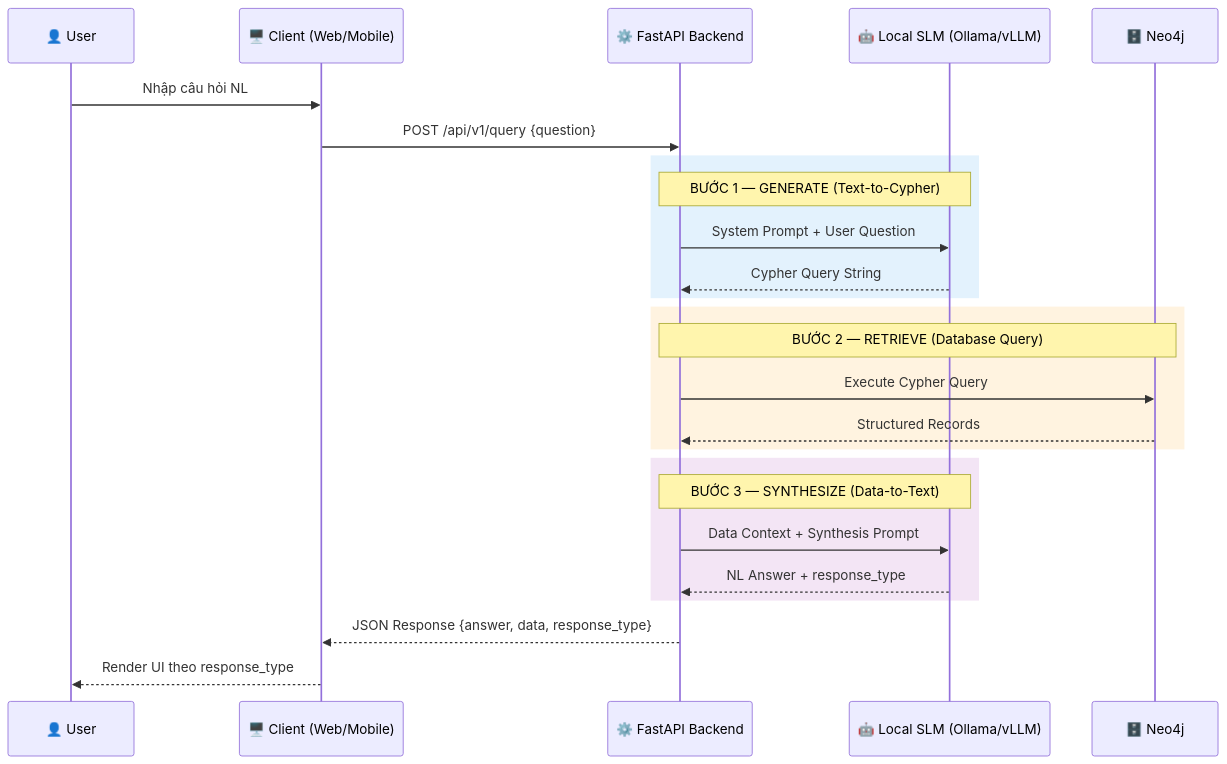
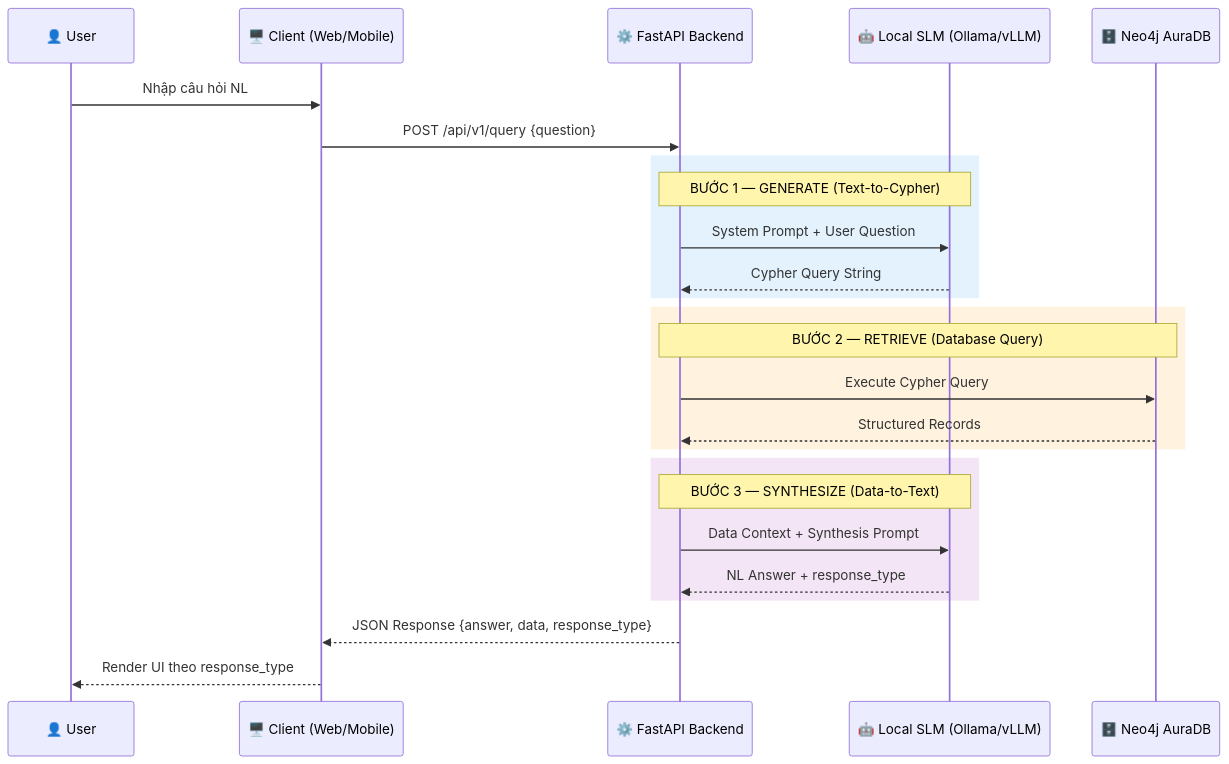
The second of 3 diagrams in docs/02_SYSTEM_ARCHITECTURE.md (NgBaoAnn/kbqa), drawn with Mermaid before and after one commit. The commit also changed other lines of this file and 3 other files, not shown here.

First line of the commit message:
docs: update all references to Neo4j AuraDB (managed cloud database)

````diff
--- a/docs/02_SYSTEM_ARCHITECTURE.md
+++ b/docs/02_SYSTEM_ARCHITECTURE.md
@@ -62,32 +62,32 @@
 ```mermaid
 sequenceDiagram
     participant U as 👤 User
     participant C as 🖥️ Client (Web/Mobile)
     participant F as ⚙️ FastAPI Backend
     participant L as 🤖 Local SLM (Ollama/vLLM)
-    participant N as 🗄️ Neo4j
+    participant N as 🗄️ Neo4j AuraDB
 
     U->>C: Nhập câu hỏi NL
     C->>F: POST /api/v1/query {question}
     
     rect rgb(227, 242, 253)
         Note over F,L: BƯỚC 1 — GENERATE (Text-to-Cypher)
         F->>L: System Prompt + User Question
         L-->>F: Cypher Query String
     end
     
     rect rgb(255, 243, 224)
         Note over F,N: BƯỚC 2 — RETRIEVE (Database Query)
         F->>N: Execute Cypher Query
         N-->>F: Structured Records
     end
     
     rect rgb(243, 229, 245)
         Note over F,L: BƯỚC 3 — SYNTHESIZE (Data-to-Text)
         F->>L: Data Context + Synthesis Prompt
         L-->>F: NL Answer + response_type
     end
     
     F-->>C: JSON Response {answer, data, response_type}
     C-->>U: Render UI theo response_type
 ```
````
